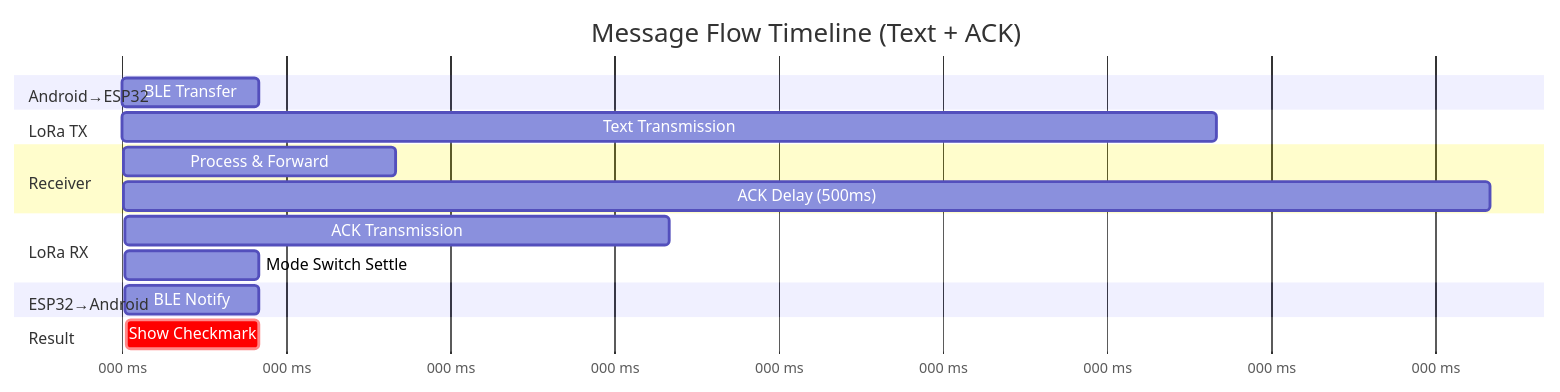
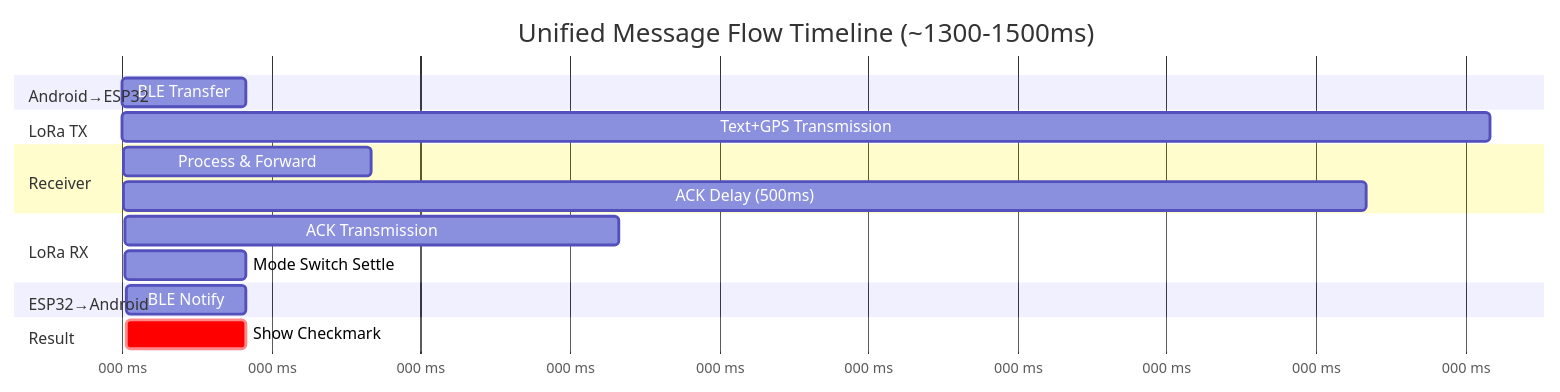
One commit to psytraxx/android-lora-ble-bridge changed the third of 3 diagrams in README.md. Above: the diagram before and after it, drawn with Mermaid. The commit also changed other lines of this file and 1 other file, not shown here.

Commit message:
refactor: unify text and GPS message handling in documentation and code

````diff
--- a/README.md
+++ b/README.md
@@ -353,26 +348,26 @@
 ```mermaid
 gantt
-    title Message Flow Timeline (Text + ACK)
+    title Unified Message Flow Timeline (~1300-1500ms)
     dateFormat X
     axisFormat %L ms
 
     section Android→ESP32
     BLE Transfer          :a1, 0, 50
     
     section LoRa TX
-    Text Transmission     :a2, 50, 400
+    Text+GPS Transmission :a2, 50, 550
     
     section Receiver
-    Process & Forward     :a3, 450, 100
-    ACK Delay (500ms)     :a4, 550, 500
+    Process & Forward     :a3, 600, 100
+    ACK Delay (500ms)     :a4, 700, 500
     
     section LoRa RX
-    ACK Transmission      :a5, 1050, 200
-    Mode Switch Settle    :a6, 1250, 50
+    ACK Transmission      :a5, 1200, 200
+    Mode Switch Settle    :a6, 1400, 50
     
     section ESP32→Android
-    BLE Notify            :a7, 1300, 50
+    BLE Notify            :a7, 1450, 50
     
     section Result
-    Show Checkmark        :crit, a8, 1350, 50
+    Show Checkmark        :crit, a8, 1500, 50
 ```
````
